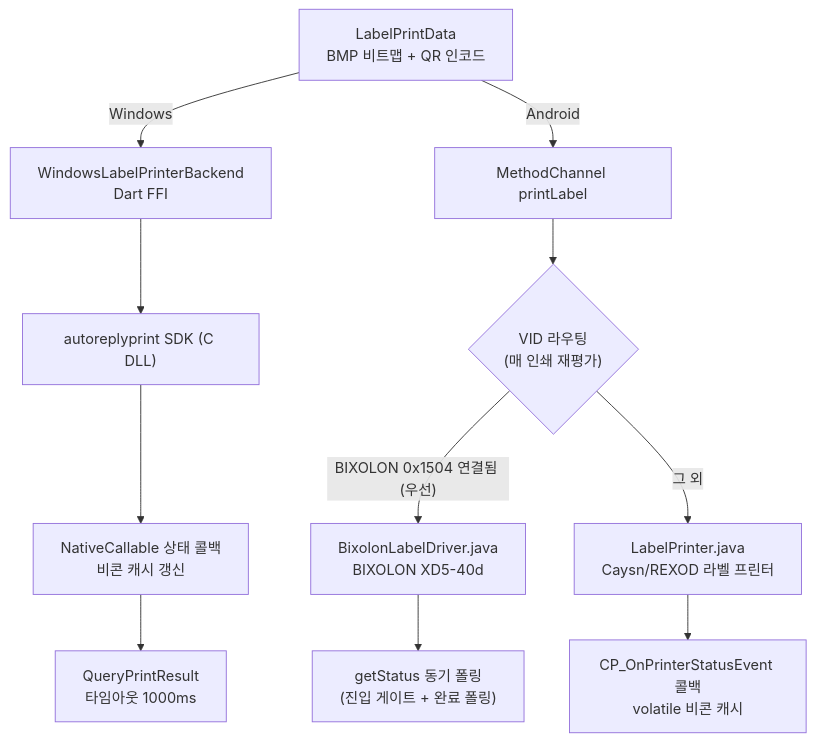
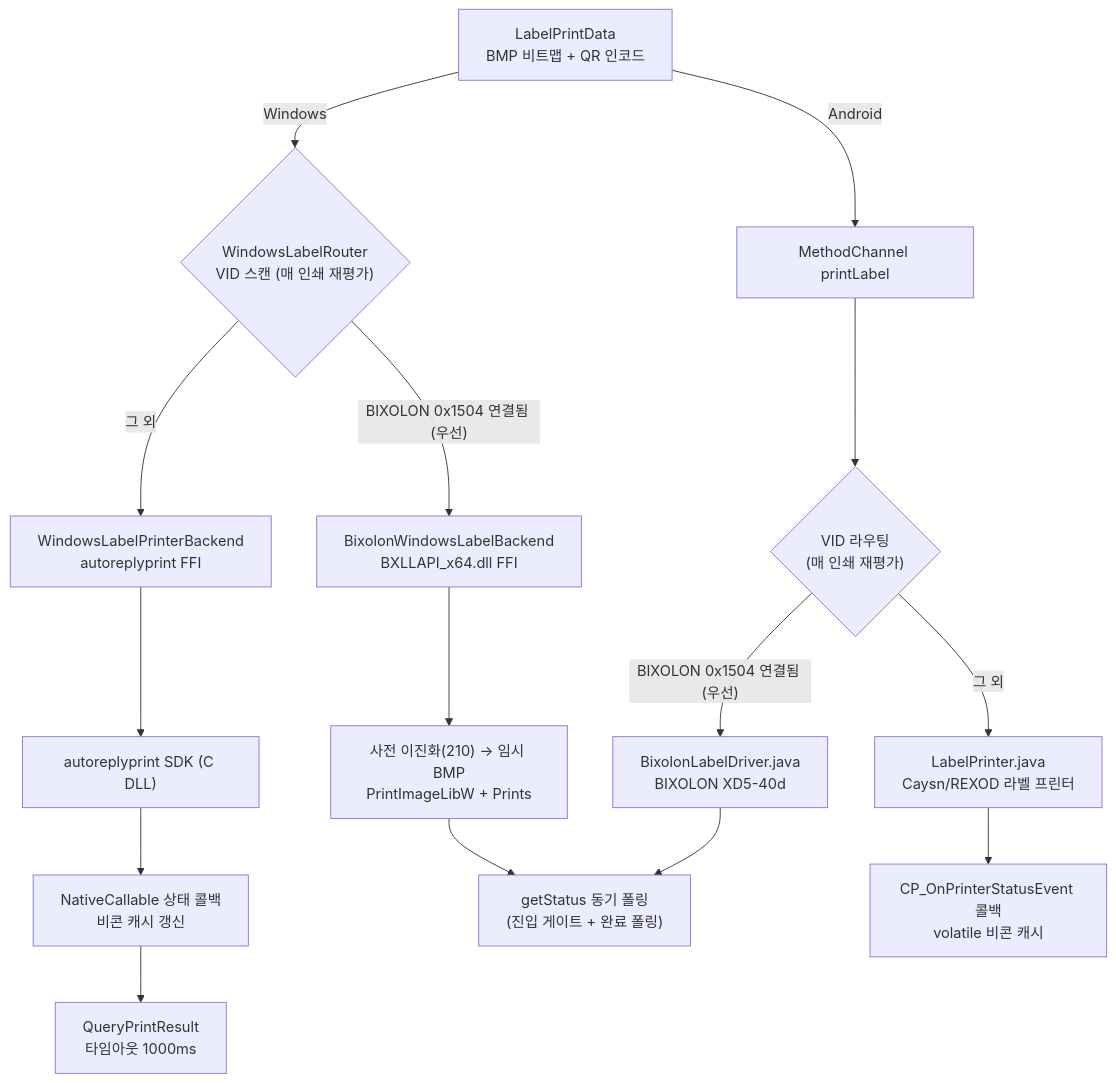
The third of 4 diagrams in docs/PRINTER_FLOW.md (waldlustpos/appfit_order_agent), drawn with Mermaid before and after one commit. The commit also changed other lines of this file and 21 other files, not shown here.

````diff
--- a/docs/PRINTER_FLOW.md
+++ b/docs/PRINTER_FLOW.md
@@ -102,16 +102,20 @@
 ```mermaid
 flowchart TD
     LBL["LabelPrintData<br/>BMP 비트맵 + QR 인코드"]
-    LBL -->|Windows| WB["WindowsLabelPrinterBackend<br/>Dart FFI"]
+    LBL -->|Windows| WRT{"WindowsLabelRouter<br/>VID 스캔 (매 인쇄 재평가)"}
     LBL -->|Android| LMC["MethodChannel printLabel"]
 
+    WRT -->|"BIXOLON 0x1504 연결됨 (우선)"| BWB["BixolonWindowsLabelBackend<br/>BXLLAPI_x64.dll FFI"]
+    WRT -->|그 외| WB["WindowsLabelPrinterBackend<br/>autoreplyprint FFI"]
     WB --> FFI["autoreplyprint SDK (C DLL)"]
     FFI --> CB["NativeCallable 상태 콜백<br/>비콘 캐시 갱신"]
     CB --> QPR["QueryPrintResult<br/>타임아웃 1000ms"]
+    BWB --> BMP["사전 이진화(210) → 임시 BMP<br/>PrintImageLibW + Prints"]
+    BMP --> BST["CheckStatus 동기 폴링<br/>(진입 게이트 + 완료 폴링)"]
 
     LMC --> RT{"VID 라우팅<br/>(매 인쇄 재평가)"}
     RT -->|"BIXOLON 0x1504 연결됨 (우선)"| BXD["BixolonLabelDriver.java<br/>BIXOLON XD5-40d"]
     RT -->|그 외| LJ["LabelPrinter.java<br/>Caysn/REXOD 라벨 프린터"]
     LJ --> LCB["CP_OnPrinterStatusEvent 콜백<br/>volatile 비콘 캐시"]
     BXD --> BST["getStatus 동기 폴링<br/>(진입 게이트 + 완료 폴링)"]
 ```
````
